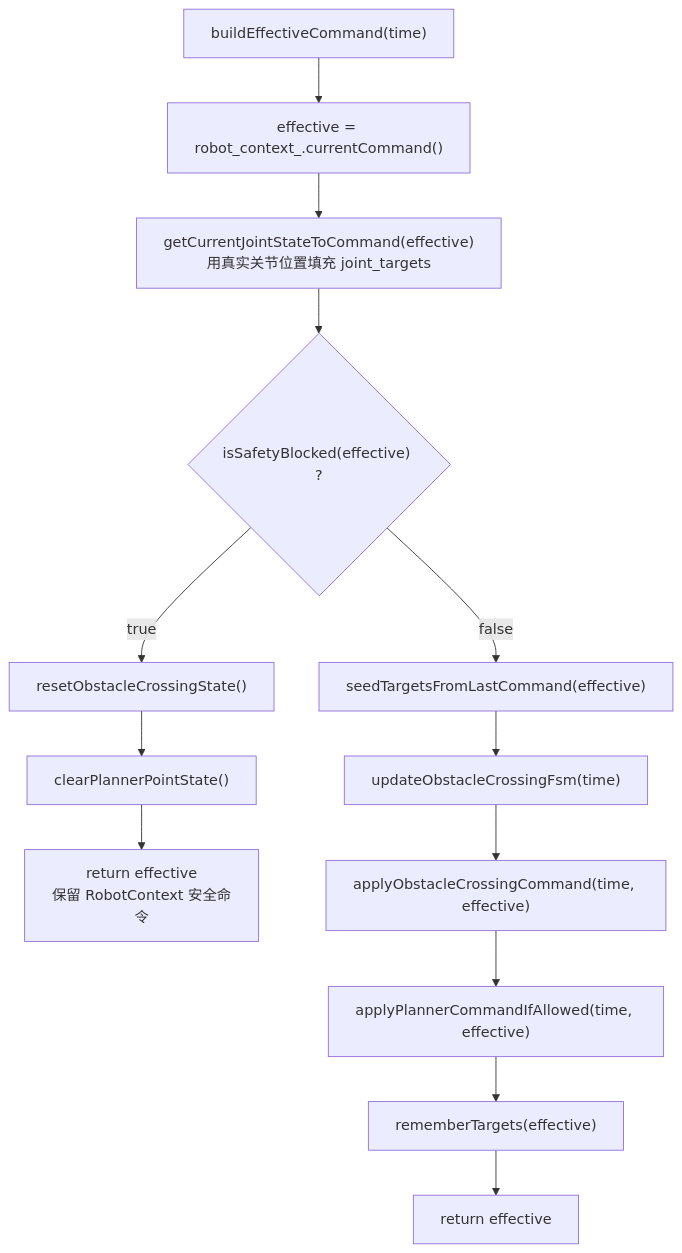
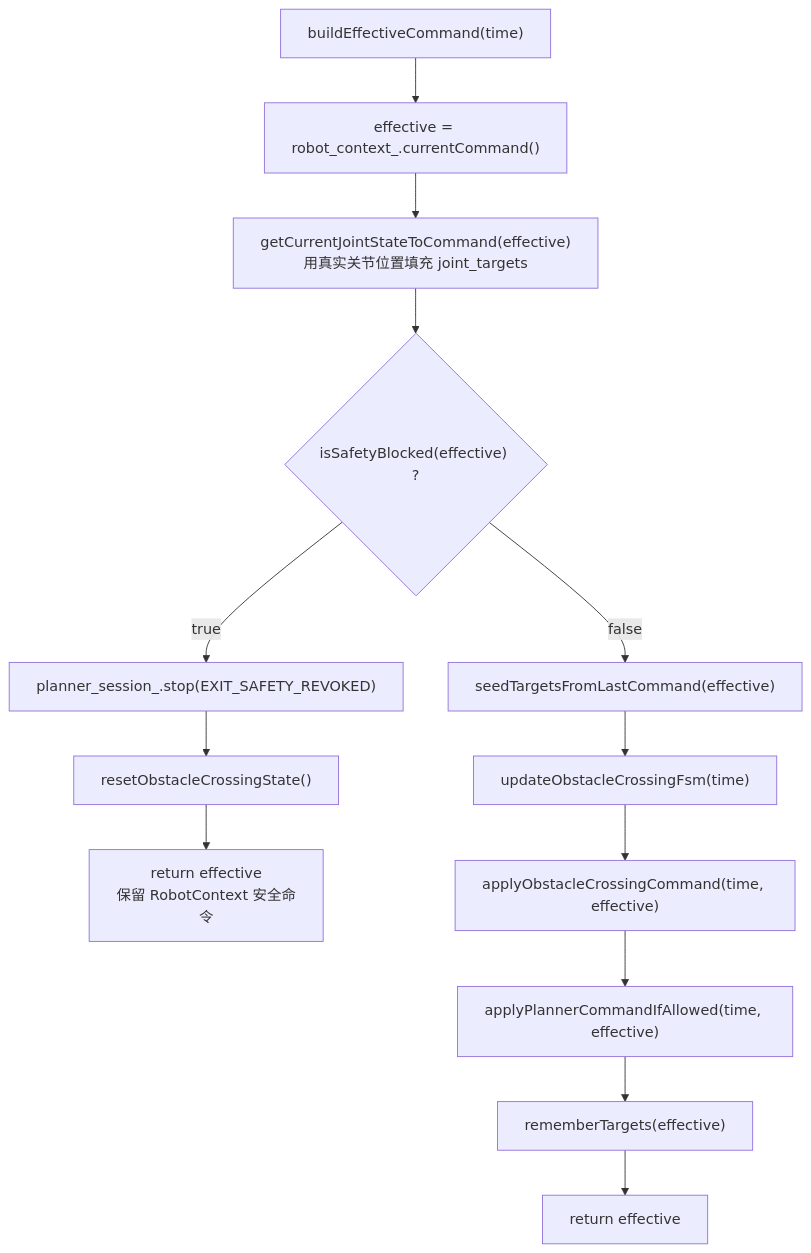
The fifth of 12 diagrams in b29_controllers/b29_smc_auto_controller/OBSTACLE_CROSSING_WORKFLOW.md (major173/b29_control), drawn with Mermaid before and after one commit. The commit also changed other lines of this file and 69 other files, not shown here.

Commit message:
Add state machine for obstacle-crossing procedure and Planner command receiving node

````diff
--- a/b29_controllers/b29_smc_auto_controller/OBSTACLE_CROSSING_WORKFLOW.md
+++ b/b29_controllers/b29_smc_auto_controller/OBSTACLE_CROSSING_WORKFLOW.md
@@ -99,15 +99,15 @@
 ```mermaid
 flowchart TD
   B0["buildEffectiveCommand(time)"] --> B1["effective = robot_context_.currentCommand()"]
   B1 --> B2["getCurrentJointStateToCommand(effective)\n用真实关节位置填充 joint_targets"]
   B2 --> B3{"isSafetyBlocked(effective) ?"}
-  B3 -- true --> B4["resetObstacleCrossingState()"]
-  B4 --> B5["clearPlannerPointState()"]
+  B3 -- true --> B4["planner_session_.stop(EXIT_SAFETY_REVOKED)"]
+  B4 --> B5["resetObstacleCrossingState()"]
   B5 --> B6["return effective\n保留 RobotContext 安全命令"]
   B3 -- false --> B7["seedTargetsFromLastCommand(effective)"]
   B7 --> B8["updateObstacleCrossingFsm(time)"]
   B8 --> B9["applyObstacleCrossingCommand(time, effective)"]
   B9 --> B10["applyPlannerCommandIfAllowed(time, effective)"]
   B10 --> B11["rememberTargets(effective)"]
   B11 --> B12["return effective"]
 ```
````
